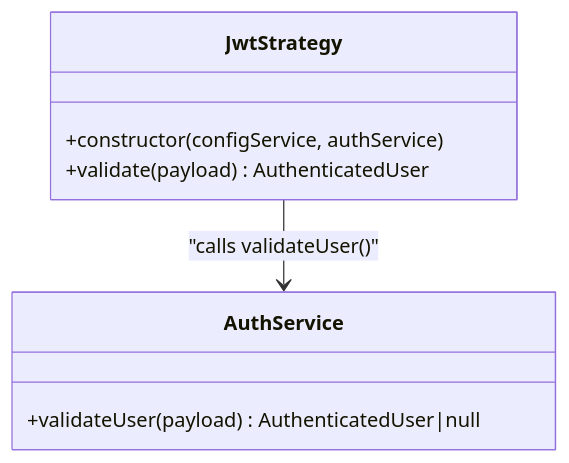
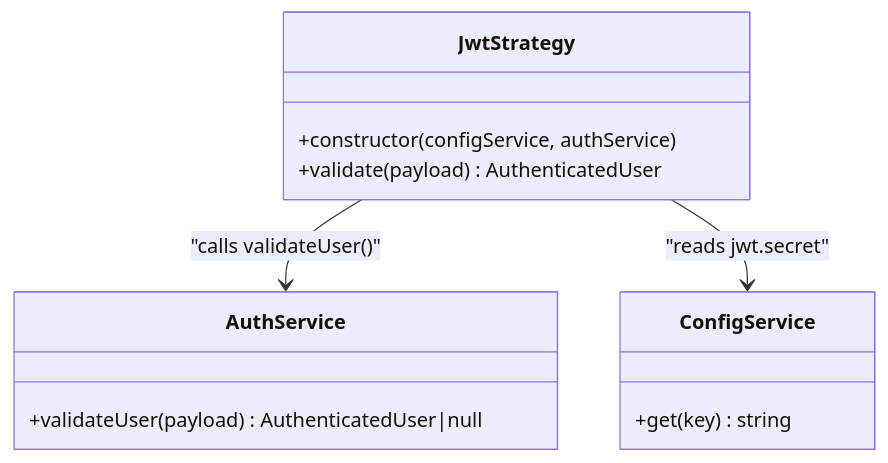
The third of 8 diagrams in .qoder/repowiki/en/content/Core Modules/Authentication Module.md (Avi-Bendetsky/Quiz-to-build), drawn with Mermaid before and after one commit. The commit also changed other lines of this file and 41 other files, not shown here.

````diff
--- a/.qoder/repowiki/en/content/Core Modules/Authentication Module.md
+++ b/.qoder/repowiki/en/content/Core Modules/Authentication Module.md
@@ -167,11 +176,15 @@
 ```mermaid
 classDiagram
 class JwtStrategy {
 +constructor(configService, authService)
 +validate(payload) AuthenticatedUser
 }
 class AuthService {
 +validateUser(payload) AuthenticatedUser|null
 }
+class ConfigService {
++get(key) string
+}
 JwtStrategy --> AuthService : "calls validateUser()"
+JwtStrategy --> ConfigService : "reads jwt.secret"
 ```
````
